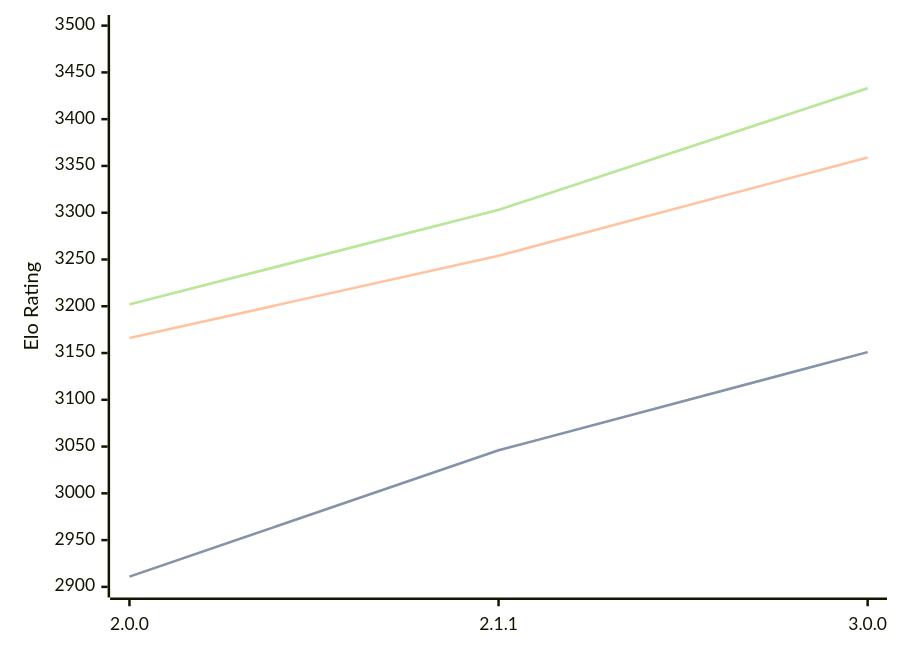
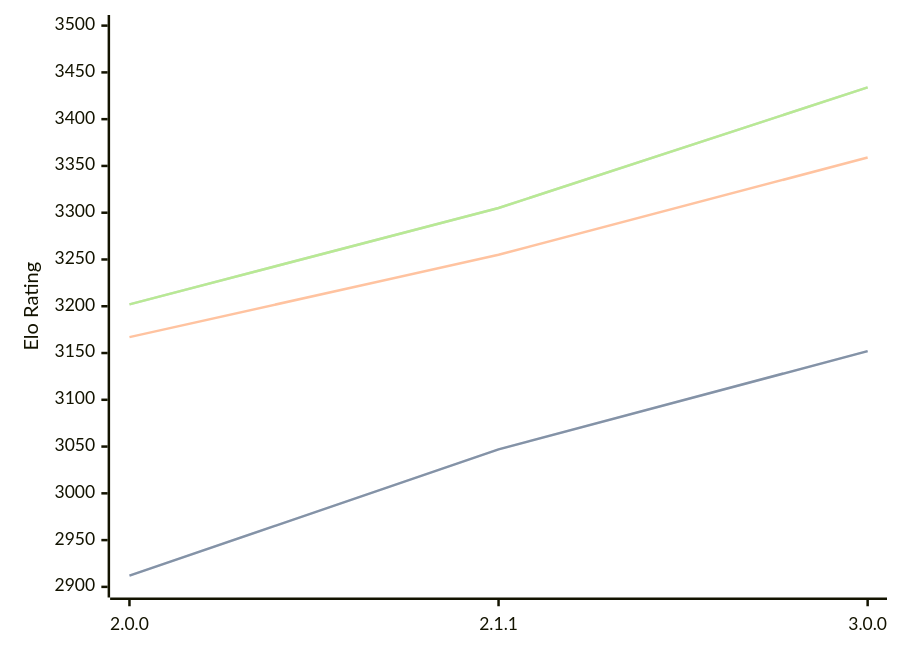
The diagram in engines/Bread.md (computer-chess-index/cci), drawn with Mermaid before and after one commit. The commit also changed other lines of this file, not shown here.

Commit message:
Update CCI Ratings (ELO VLTC) - 2026-05-14

````diff
--- a/engines/Bread.md
+++ b/engines/Bread.md
@@ -51,11 +51,11 @@
 ```mermaid
 %%{init: {"theme":"base","themeVariables":{"seriesColors:['#a3a3a3','#222221','#faa371']}}}%%
 xychart-beta
   x-axis ["2.0.0", "2.1.1", "3.0.0"]
   y-axis "Elo Rating" 2900 --> 3500
-  line "STC (8.0+0.08s)" [2911, 3046, 3151]
-  line "STC (8.0+0.08s)" [2911, 3046, 3151]
-  line "LTC (60.0+0.60s)" [3166, 3254, 3359]
-  line "VLTC (2m24s+1.12s)" [3202, 3303, 3433]
-  line "VLTC (2m24s+1.12s)" [3202, 3303, 3433]
+  line "STC (8.0+0.08s)" [2912, 3047, 3152]
+  line "STC (8.0+0.08s)" [2912, 3047, 3152]
+  line "LTC (60.0+0.60s)" [3167, 3255, 3359]
+  line "VLTC (2m24s+1.12s)" [3202, 3305, 3434]
+  line "VLTC (2m24s+1.12s)" [3202, 3305, 3434]
 ```
````
